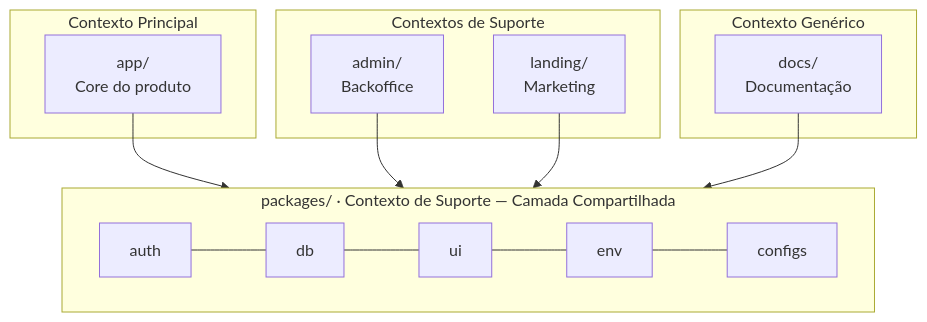
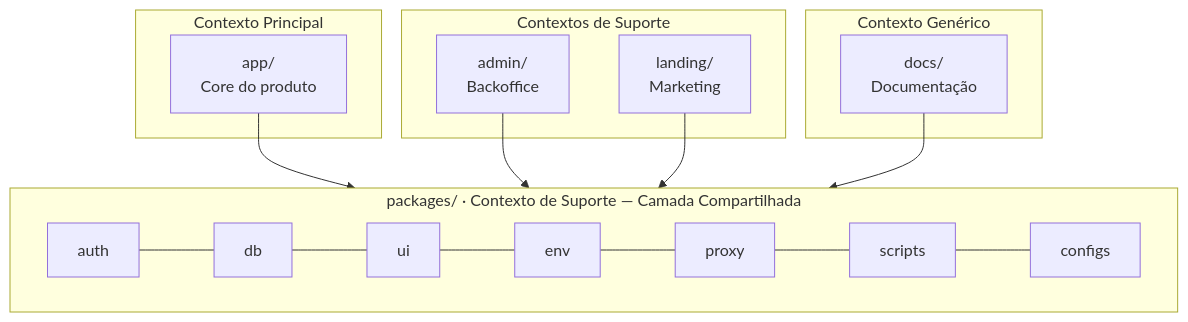
One commit to juliano988/turborepo-vercel-template changed the diagram in README.md. Above: the diagram before and after it, drawn with Mermaid. The commit also changed other lines of this file, not shown here.

Commit message:
feat(README): atualizar diagrama de arquitetura e melhorar explicações sobre deploy e compartilhamento de banco de dados

````diff
--- a/README.md
+++ b/README.md
@@ -12,25 +12,25 @@
 ```mermaid
 graph TB
     subgraph CORE["Contexto Principal"]
         APP["app/\nCore do produto"]
     end
 
     subgraph SUPPORT["Contextos de Suporte"]
         ADMIN["admin/\nBackoffice"]
         LANDING["landing/\nMarketing"]
     end
 
     subgraph GENERIC["Contexto Genérico"]
         DOCS["docs/\nDocumentação"]
     end
 
     subgraph SHARED["packages/ · Contexto de Suporte — Camada Compartilhada"]
         direction LR
-        AUTH[auth] --- DB[db] --- UI[ui] --- ENV[env] --- CFG[configs]
+        AUTH[auth] --- DB[db] --- UI[ui] --- ENV[env] --- PROXY[proxy] --- SCRIPTS[scripts] --- CFG[configs]
     end
 
     APP --> SHARED
     ADMIN --> SHARED
     LANDING --> SHARED
     DOCS --> SHARED
 ```
````
